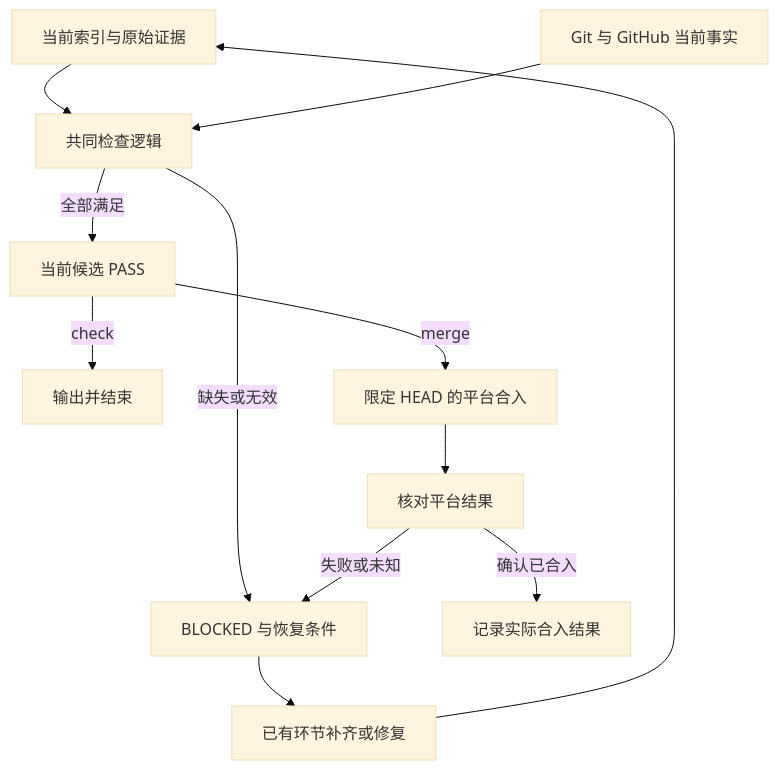
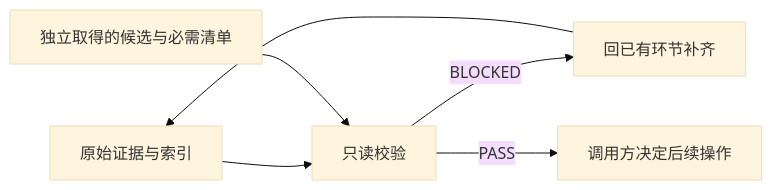
One commit to xforce-io/keel changed the diagram in docs/design/20-delivery-gate-check.md. Above: the diagram before and after it, drawn with Mermaid (base theme). The commit also changed other lines of this file and 11 other files, not shown here.

````diff
--- a/docs/design/20-delivery-gate-check.md
+++ b/docs/design/20-delivery-gate-check.md
@@ -52,14 +37,8 @@
 ```mermaid
-flowchart TD
-  A[当前索引与原始证据] --> C[共同检查逻辑]
-  G[Git 与 GitHub 当前事实] --> C
-  C -->|缺失或无效| B[BLOCKED 与恢复条件]
-  B --> R[已有环节补齐或修复]
-  R --> A
-  C -->|全部满足| P[当前候选 PASS]
-  P -->|check| O[输出并结束]
-  P -->|merge| M[限定 HEAD 的平台合入]
-  M --> V[核对平台结果]
-  V -->|确认已合入| D[记录实际合入结果]
-  V -->|失败或未知| B
+flowchart LR
+  E[原始证据与索引] --> C[只读校验]
+  P[独立取得的候选与必需清单] --> C
+  C -->|BLOCKED| R[回已有环节补齐]
+  R --> E
+  C -->|PASS| H[调用方决定后续操作]
 ```
````
